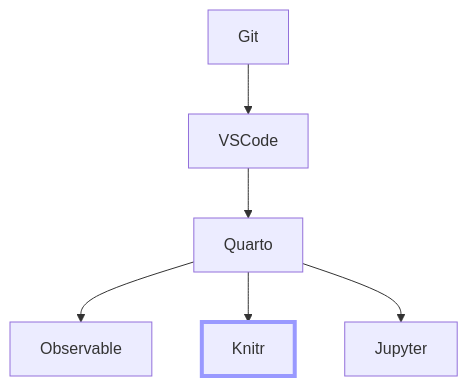
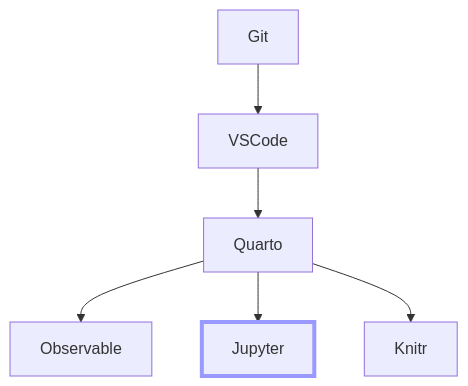
Before and after one commit to maptv/maptv.github.io: the diagram in blog/jupyter/jupyter.qmd, drawn with Mermaid. The commit also changed 5 other files, not shown here.

````diff
--- a/blog/jupyter/jupyter.qmd
+++ b/blog/jupyter/jupyter.qmd
@@ -24,17 +24,17 @@
 ```{mermaid}
 %%| column: margin
 %%| label: fig-navchart
 %%| fig-cap: Tools series navigation chart
 flowchart TB
    A[Git]-->B[VSCode]-->C[Quarto]
    C-->D[Observable]
-   C-->E[Knitr]
-   C-->F[Jupyter]
+   C-->E[Jupyter]
+   C-->F[Knitr]
    click A "../git"
    click B "../vscode"
    click C "../quarto"
    click D "../observable"
    click E "../jupyter"
    click F "../knitr"
    style E stroke:#99f,stroke-width:4px
 ```
````
